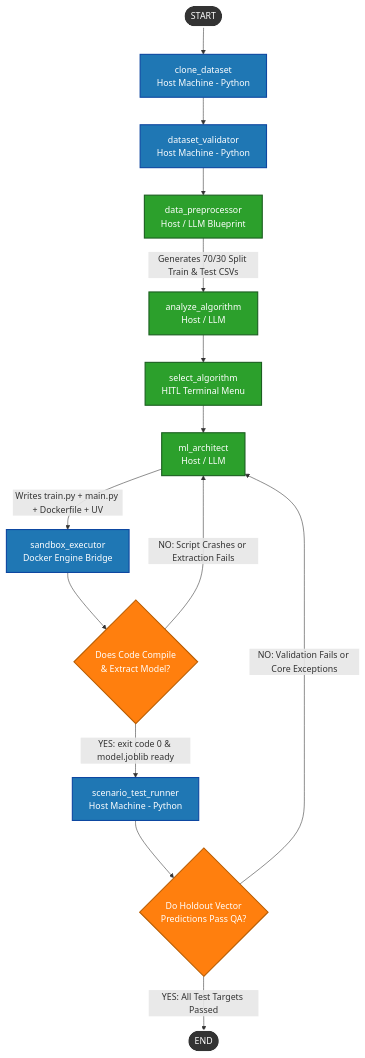
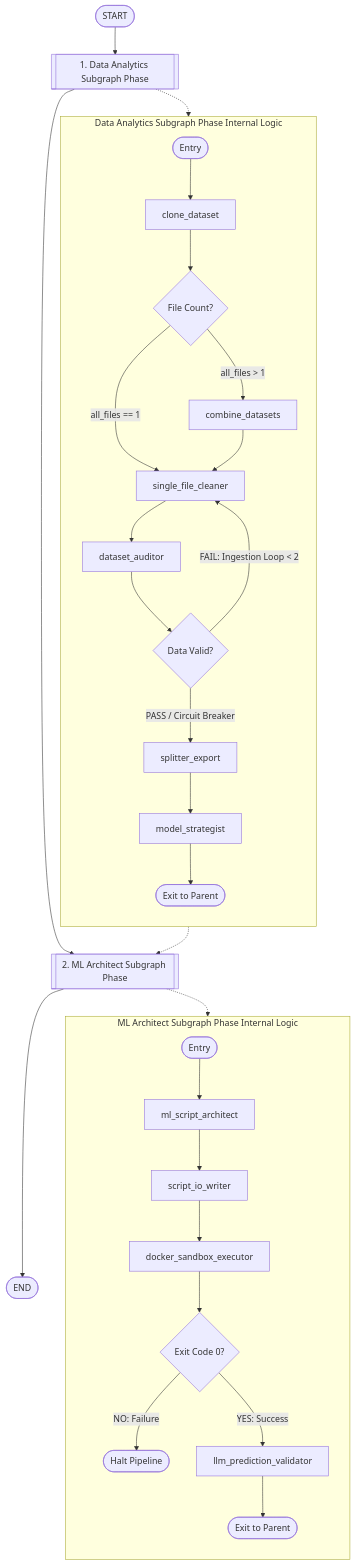
The diagram in README.md (NightDevilPT/ml-agent), drawn with Mermaid before and after one commit. The commit also changed other lines of this file, not shown here.

````diff
--- a/README.md
+++ b/README.md
@@ -15,39 +17,57 @@
 ```mermaid
 graph TD
-    %% Define Node Styles
-    classDef startEnd fill:#333,stroke:#fff,stroke-width:2px,color:#fff;
-    classDef hostNode fill:#1f77b4,stroke:#0d47a1,stroke-width:2px,color:#fff;
-    classDef llmNode fill:#2ca02c,stroke:#1b5e20,stroke-width:2px,color:#fff;
-    classDef decision fill:#ff7f0e,stroke:#b85c00,stroke-width:2px,color:#fff;
+    %% ==========================================
+    %% PARENT GRAPH LEVEL
+    %% ==========================================
+    START([START]) --> DATA_PHASE[[1. Data Analytics Subgraph Phase]]
+    DATA_PHASE --> ARCH_PHASE[[2. ML Architect Subgraph Phase]]
+    ARCH_PHASE --> END([END])
 
-    %% Initial Workflow Ingestion
-    START([START]) --> clone_dataset[clone_dataset <br> Host Machine - Python]
-    clone_dataset --> dataset_validator[dataset_validator <br> Host Machine - Python]
-    dataset_validator --> data_preprocessor[data_preprocessor <br> Host / LLM Blueprint]
+    %% ==========================================
+    %% SUBGRAPH INTERNAL LOGIC VIEW
+    %% ==========================================
+    subgraph Subgraph_1 [Data Analytics Subgraph Phase Internal Logic]
+        direction TB
+        da_start([Entry]) --> clone_dataset[clone_dataset]
+        clone_dataset --> route_files{File Count?}
+        
+        route_files -- "all_files > 1" --> combine_datasets[combine_datasets]
+        route_files -- "all_files == 1" --> single_file_cleaner[single_file_cleaner]
+        
+        combine_datasets --> single_file_cleaner
+        single_file_cleaner --> dataset_auditor[dataset_auditor]
+        
+        dataset_auditor --> route_audit{Data Valid?}
+        route_audit -- "FAIL: Ingestion Loop < 2" --> single_file_cleaner
+        route_audit -- "PASS / Circuit Breaker" --> splitter_export[splitter_export]
+        
+        splitter_export --> model_strategist[model_strategist]
+        model_strategist --> da_end([Exit to Parent])
+    end
 
-    %% Main Analysis & Interactivity
-    data_preprocessor -->|Generates 70/30 Split Train & Test CSVs| analyze_algorithm[analyze_algorithm <br> Host / LLM]
-    analyze_algorithm --> select_algorithm[select_algorithm <br> HITL Terminal Menu]
-    
-    %% Code Generation & Environment Scaffolding
-    select_algorithm --> ml_architect[ml_architect <br> Host / LLM]
-    
-    %% Execution Layer (Self-Healing Loop 1: Compilation Safety)
-    ml_architect -->|Writes train.py + main.py + Dockerfile + UV| sandbox_executor[sandbox_executor <br> Docker Engine Bridge]
-    sandbox_executor --> code_status{Does Code Compile <br> & Extract Model?}
-    
-    code_status -- "NO: Script Crashes or Extraction Fails" --> ml_architect
-    code_status -- "YES: exit code 0 & model.joblib ready" --> scenario_test_runner[scenario_test_runner <br> Host Machine - Python]
-    
-    %% Evaluation Layer (Self-Healing Loop 2: Metric/Type Safety)
-    scenario_test_runner --> test_status{Do Holdout Vector <br> Predictions Pass QA?}
-    test_status -- "NO: Validation Fails or Core Exceptions" --> ml_architect
-    test_status -- "YES: All Test Targets Passed" --> END([END])
+    subgraph Subgraph_2 [ML Architect Subgraph Phase Internal Logic]
+        direction TB
+        ml_start([Entry]) --> ml_script_architect[ml_script_architect]
+        ml_script_architect --> script_io_writer[script_io_writer]
+        script_io_writer --> docker_sandbox_executor[docker_sandbox_executor]
+        
+        docker_sandbox_executor --> route_exec{Exit Code 0?}
+        route_exec -- "NO: Failure" --> executor_fail([Halt Pipeline])
+        route_exec -- "YES: Success" --> llm_prediction_validator[llm_prediction_validator]
+        
+        llm_prediction_validator --> ml_end([Exit to Parent])
+    end
+
+    %% Wiring Parent to Subgraph internals for visualization layout
+    DATA_PHASE -.-> da_start
+    da_end -.-> ARCH_PHASE
+    ARCH_PHASE -.-> ml_start
 
     %% Assign Style Classes
-    class START,END startEnd;
-    class clone_dataset,dataset_validator,sandbox_executor,scenario_test_runner hostNode;
-    class data_preprocessor,analyze_algorithm,select_algorithm,ml_architect llmNode;
-    class code_status,test_status decision;
+    class START,END,da_start,da_end,ml_start,ml_end,executor_fail startEnd;
+    class DATA_PHASE,ARCH_PHASE macroPhase;
+    class clone_dataset,combine_datasets,script_io_writer,docker_sandbox_executor,splitter_export hostNode;
+    class single_file_cleaner,dataset_auditor,model_strategist,ml_script_architect,llm_prediction_validator subNode;
+    class route_files,route_audit,route_exec decision;
 
 ```
````
